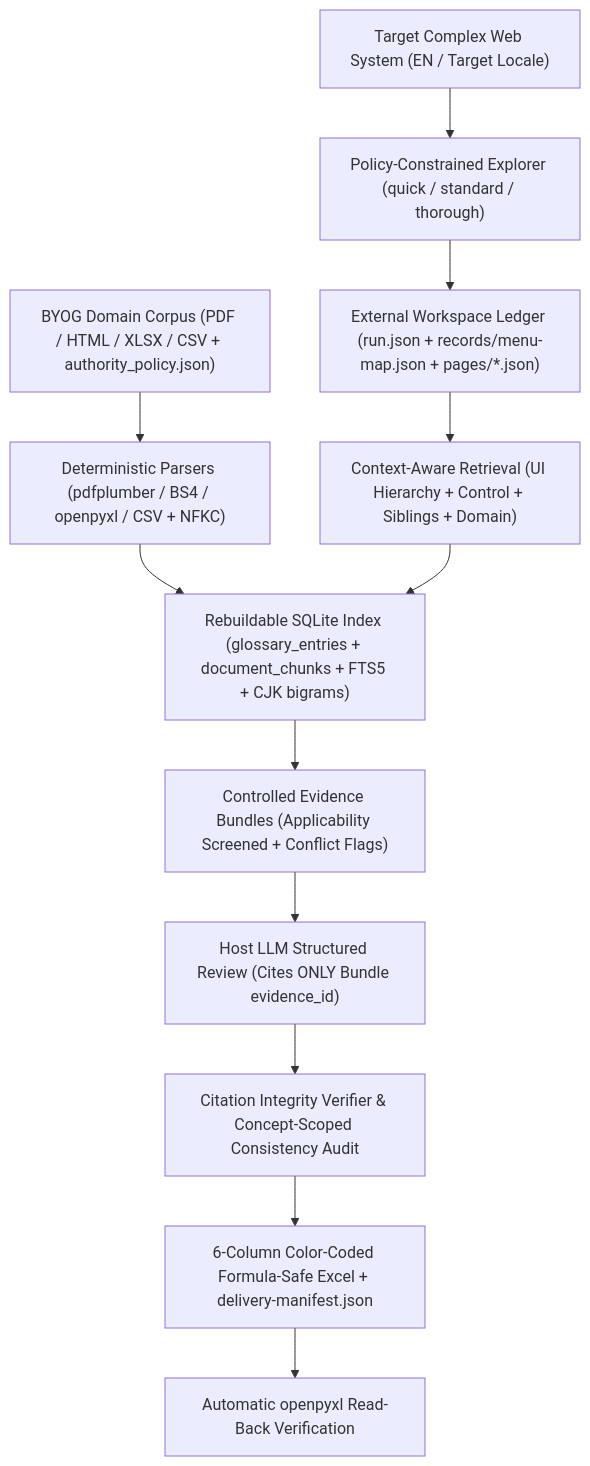
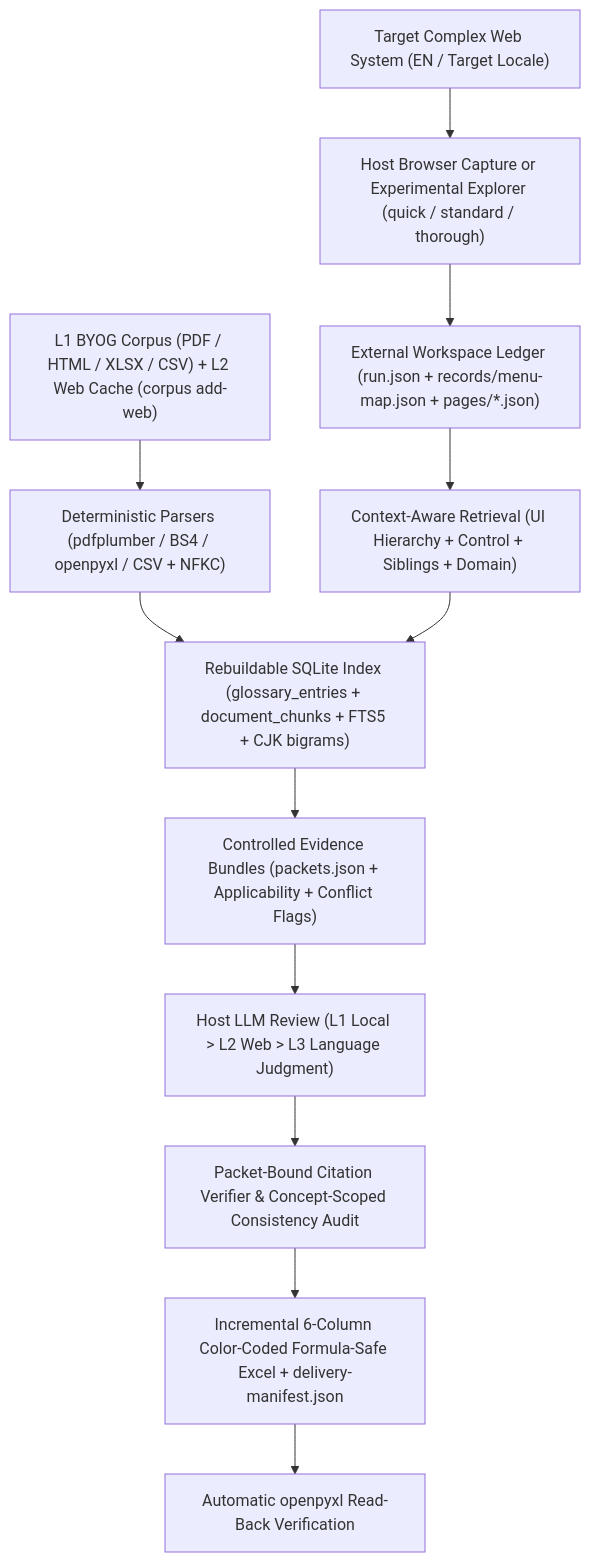
The diagram in README.md (littlericeee/lingual-audit), drawn with Mermaid before and after one commit. The commit also changed other lines of this file and 5 other files, not shown here.

Commit message:
docs: document 6 verdicts, L1/L2/L3 review hierarchy, incremental module delivery, and experimental explorer

````diff
--- a/README.md
+++ b/README.md
@@ -19,14 +20,14 @@
 ```mermaid
 flowchart TD
-    A["Target Complex Web System (EN / Target Locale)"] --> B["Policy-Constrained Explorer (quick / standard / thorough)"]
+    A["Target Complex Web System (EN / Target Locale)"] --> B["Host Browser Capture or Experimental Explorer (quick / standard / thorough)"]
     B --> C["External Workspace Ledger (run.json + records/menu-map.json + pages/*.json)"]
-    D["BYOG Domain Corpus (PDF / HTML / XLSX / CSV + authority_policy.json)"] --> E["Deterministic Parsers (pdfplumber / BS4 / openpyxl / CSV + NFKC)"]
+    D["L1 BYOG Corpus (PDF / HTML / XLSX / CSV) + L2 Web Cache (corpus add-web)"] --> E["Deterministic Parsers (pdfplumber / BS4 / openpyxl / CSV + NFKC)"]
     E --> F["Rebuildable SQLite Index (glossary_entries + document_chunks + FTS5 + CJK bigrams)"]
     C --> G["Context-Aware Retrieval (UI Hierarchy + Control + Siblings + Domain)"]
     G --> F
-    F --> H["Controlled Evidence Bundles (Applicability Screened + Conflict Flags)"]
-    H --> I["Host LLM Structured Review (Cites ONLY Bundle evidence_id)"]
-    I --> J["Citation Integrity Verifier & Concept-Scoped Consistency Audit"]
-    J --> K["6-Column Color-Coded Formula-Safe Excel + delivery-manifest.json"]
+    F --> H["Controlled Evidence Bundles (packets.json + Applicability + Conflict Flags)"]
+    H --> I["Host LLM Review (L1 Local > L2 Web > L3 Language Judgment)"]
+    I --> J["Packet-Bound Citation Verifier & Concept-Scoped Consistency Audit"]
+    J --> K["Incremental 6-Column Color-Coded Formula-Safe Excel + delivery-manifest.json"]
     K --> L["Automatic openpyxl Read-Back Verification"]
 ```
````
